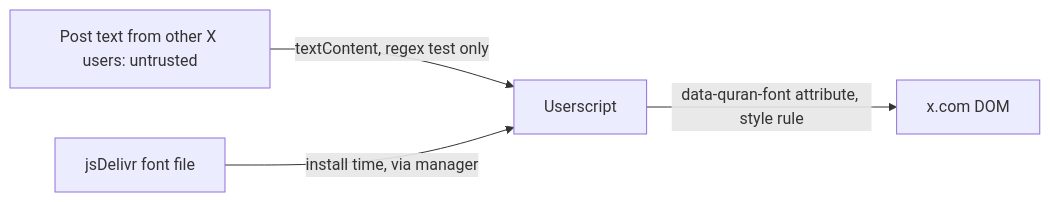
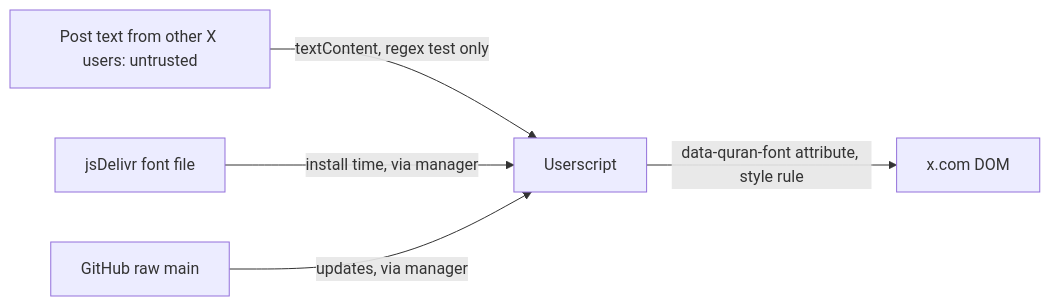
One commit to roko-tech/x-quran-font changed the diagram in docs/security/threat-model.md. Above: the diagram before and after it, drawn with Mermaid. The commit also changed other lines of this file and 10 other files, not shown here.

````diff
--- a/docs/security/threat-model.md
+++ b/docs/security/threat-model.md
@@ -27,6 +27,7 @@
 ```mermaid
 flowchart LR
     Posts[Post text from other X users: untrusted] -->|textContent, regex test only| Script[Userscript]
     CDN[jsDelivr font file] -->|install time, via manager| Script
+    Repo[GitHub raw main] -->|updates, via manager| Script
     Script -->|data-quran-font attribute, style rule| Page[x.com DOM]
 ```
````
